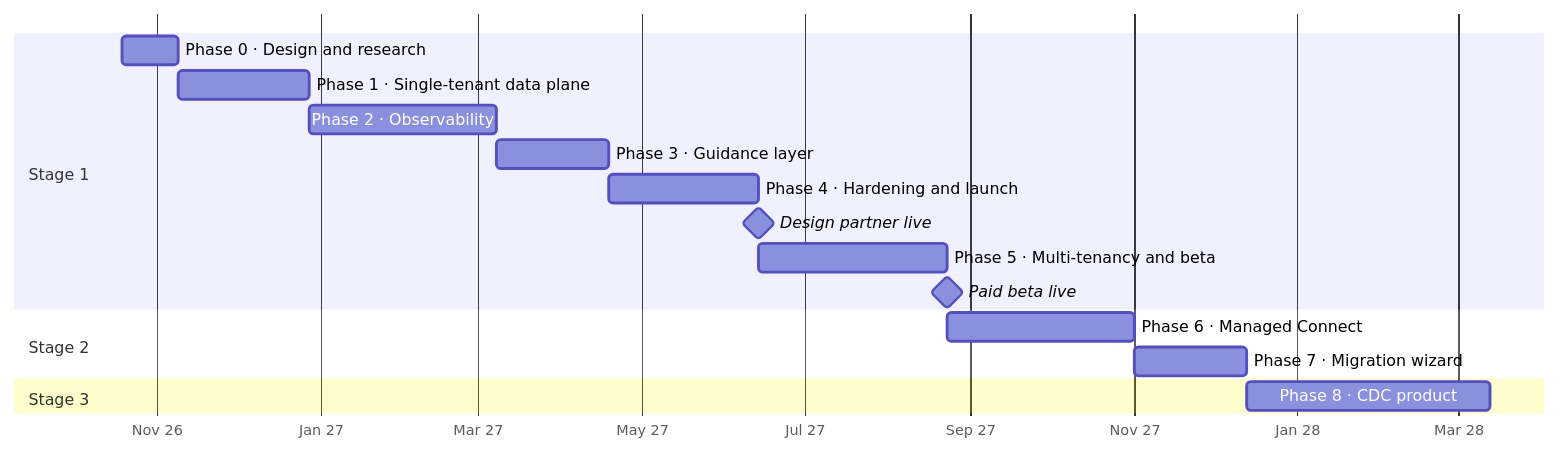
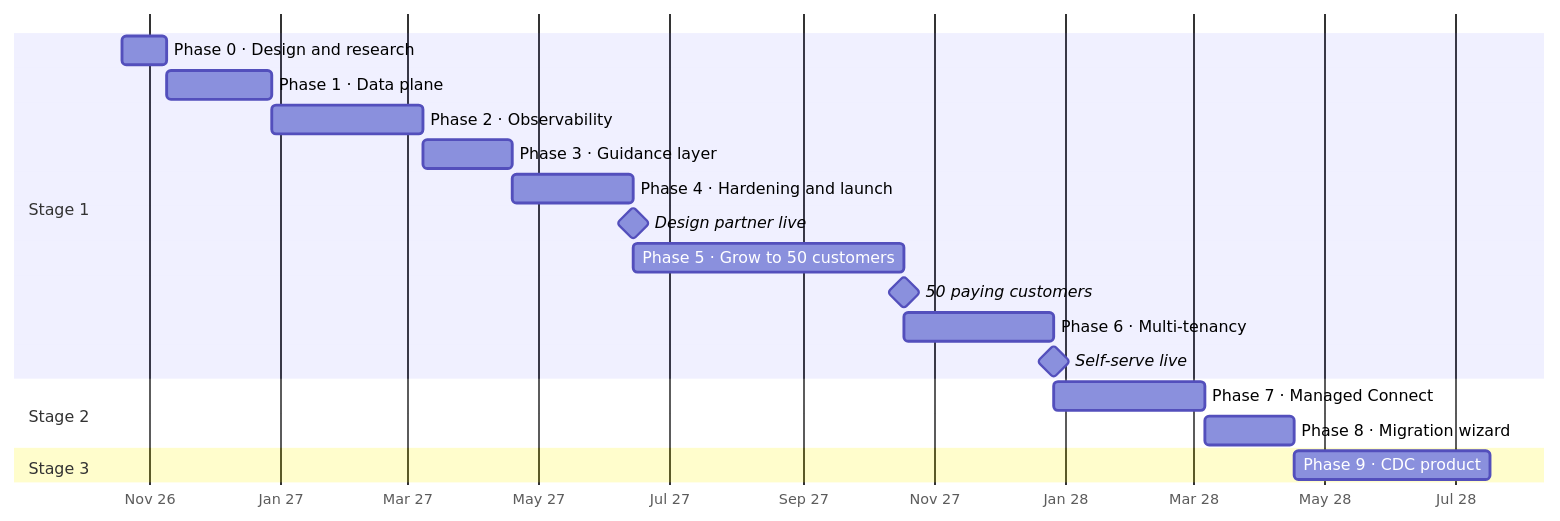
One commit to ReneP92/changeport changed the second of 2 diagrams in docs/PROJECT_PLAN.md. Above: the diagram before and after it, drawn with Mermaid. The commit also changed other lines of this file and 1 other file, not shown here.

Commit message:
Plan dedicated clusters until 50 customers, Go backend, VictoriaMetrics and usage-based pricing

````diff
--- a/docs/PROJECT_PLAN.md
+++ b/docs/PROJECT_PLAN.md
@@ -138,21 +140,23 @@
 ```mermaid
 gantt
   dateFormat YYYY-MM-DD
   axisFormat %b %y
   tickInterval 2month
   todayMarker off
   section Stage 1
   Phase 0 · Design and research      :p0, 2026-10-19, 3w
-  Phase 1 · Single-tenant data plane :p1, after p0, 7w
+  Phase 1 · Data plane               :p1, after p0, 7w
   Phase 2 · Observability            :p2, after p1, 10w
   Phase 3 · Guidance layer           :p3, after p2, 6w
   Phase 4 · Hardening and launch     :p4, after p3, 8w
   Design partner live                :milestone, after p4, 0d
-  Phase 5 · Multi-tenancy and beta   :p5, after p4, 10w
-  Paid beta live                     :milestone, after p5, 0d
+  Phase 5 · Grow to 50 customers     :p5, after p4, 18w
+  50 paying customers                :milestone, after p5, 0d
+  Phase 6 · Multi-tenancy            :p6, after p5, 10w
+  Self-serve live                    :milestone, after p6, 0d
   section Stage 2
-  Phase 6 · Managed Connect          :p6, after p5, 10w
-  Phase 7 · Migration wizard         :p7, after p6, 6w
+  Phase 7 · Managed Connect          :p7, after p6, 10w
+  Phase 8 · Migration wizard         :p8, after p7, 6w
   section Stage 3
-  Phase 8 · CDC product              :p8, after p7, 13w
+  Phase 9 · CDC product              :p9, after p8, 13w
 ```
````
